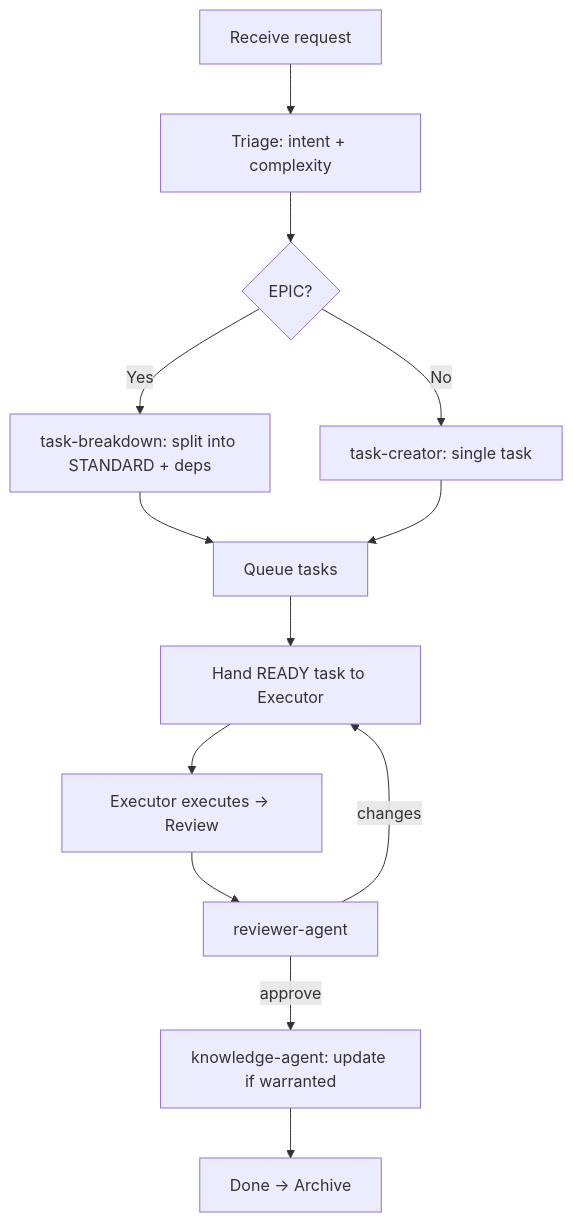
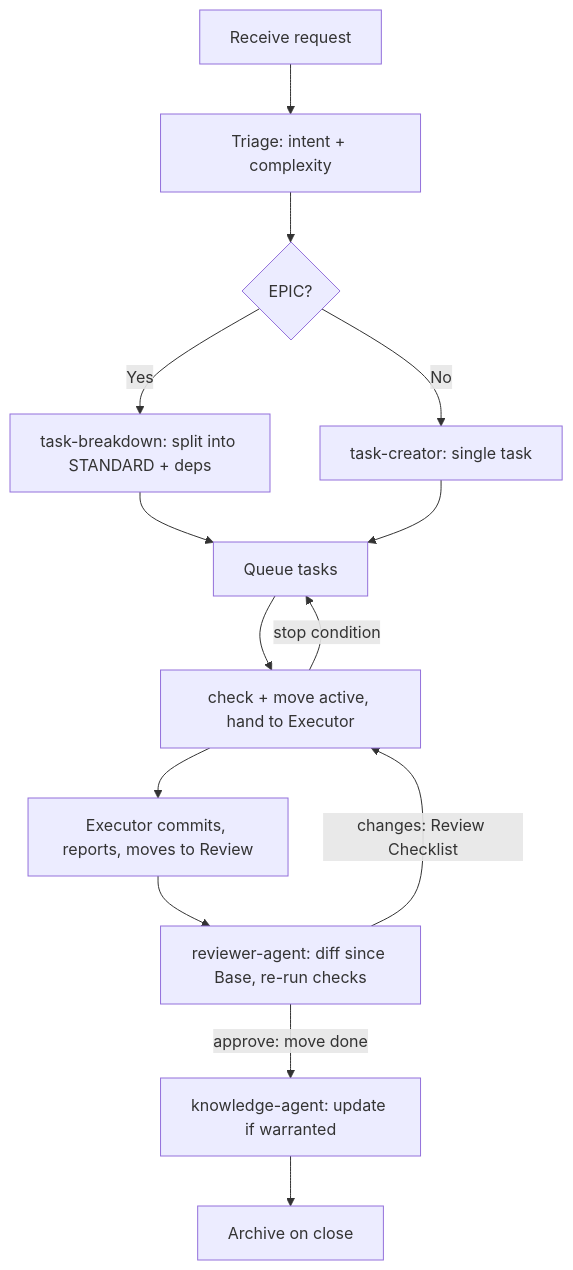
One commit to Vtquan123/strix changed the diagram in reference/rules/workflow.md. Above: the diagram before and after it, drawn with Mermaid. The commit also changed other lines of this file and 80 other files, not shown here.

````diff
--- a/reference/rules/workflow.md
+++ b/reference/rules/workflow.md
@@ -5,15 +5,16 @@
 ```mermaid
 flowchart TD
     A[Receive request] --> B[Triage: intent + complexity]
     B --> C{EPIC?}
     C -->|Yes| D[task-breakdown: split into STANDARD + deps]
     C -->|No| E[task-creator: single task]
     D --> F[Queue tasks]
     E --> F
-    F --> G[Hand READY task to Executor]
-    G --> H[Executor executes -> Review]
-    H --> I[reviewer-agent]
-    I -->|changes| G
-    I -->|approve| J[knowledge-agent: update if warranted]
-    J --> K[Done -> Archive]
+    F --> G[check + move active, hand to Executor]
+    G --> H[Executor commits, reports, moves to Review]
+    G -->|stop condition| F
+    H --> I[reviewer-agent: diff since Base, re-run checks]
+    I -->|changes: Review Checklist| G
+    I -->|approve: move done| J[knowledge-agent: update if warranted]
+    J --> K[Archive on close]
 ```
````
